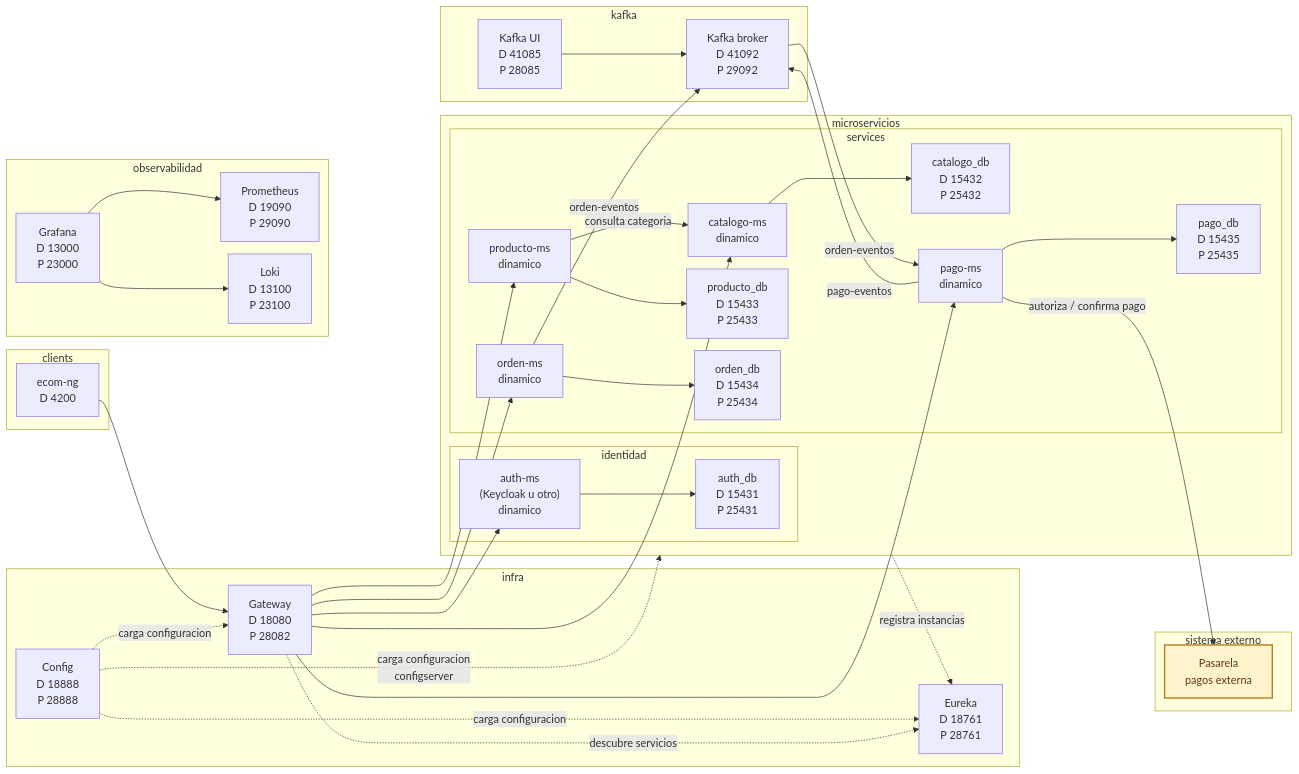
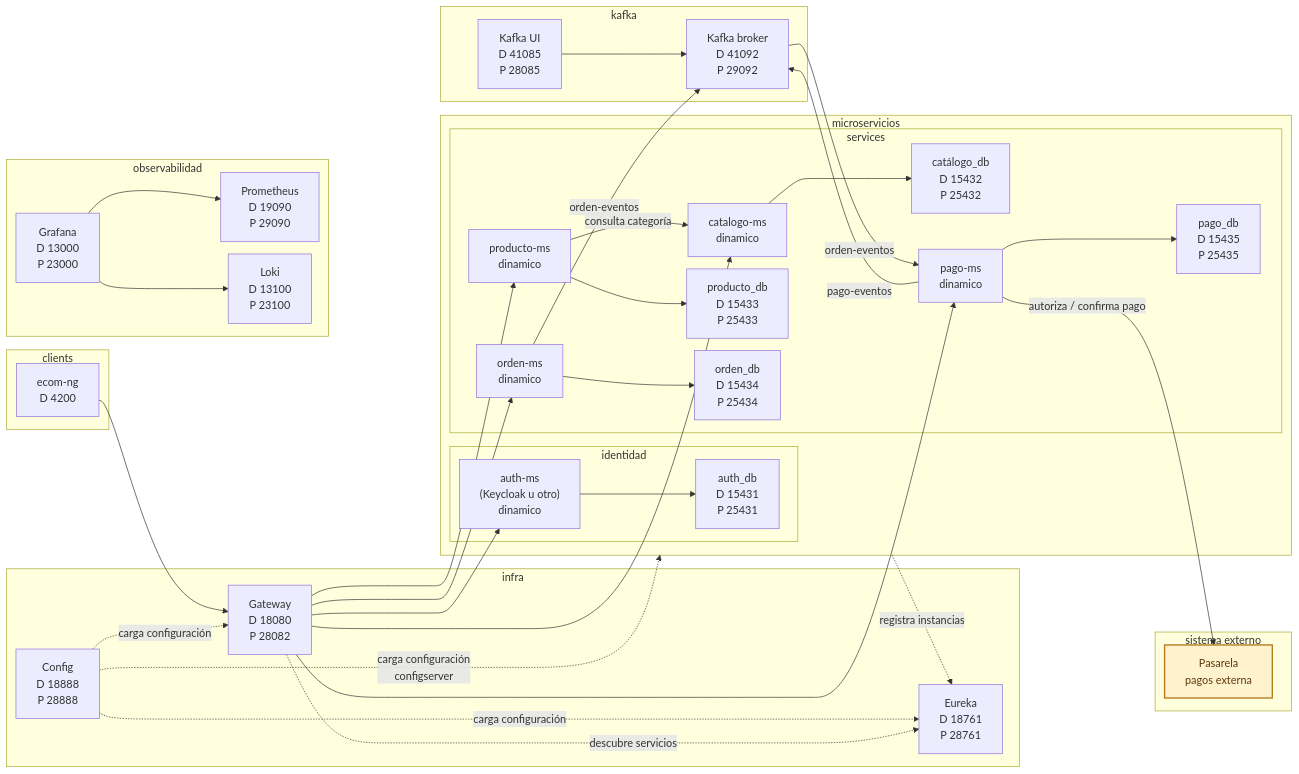
The diagram in docs/index.md (261dist/ecom), drawn with Mermaid before and after one commit. The commit also changed other lines of this file and 21 other files, not shown here.

````diff
--- a/docs/index.md
+++ b/docs/index.md
@@ -68,80 +68,80 @@
 ```mermaid
 %%{init: {"flowchart": {"nodeSpacing": 18, "rankSpacing": 28, "curve": "basis"}} }%%
 flowchart LR
     subgraph Infra["infra"]
         Config["Config<br/>D 18888<br/>P 28888"]
         Eureka["Eureka<br/>D 18761<br/>P 28761"]
         Gateway["Gateway<br/>D 18080<br/>P 28082"]
     end
 
     subgraph Runtime["microservicios"]
         subgraph Identity["identidad"]
             Auth["auth-ms<br/>(Keycloak u otro)<br/>dinamico"]
             AuthDB["auth_db<br/>D 15431<br/>P 25431"]
             Auth --> AuthDB
         end
 
         subgraph Services["services"]
             Catalogo["catalogo-ms<br/>dinamico"]
-            CatalogoDB["catalogo_db<br/>D 15432<br/>P 25432"]
+            CatalogoDB["catálogo_db<br/>D 15432<br/>P 25432"]
             Producto["producto-ms<br/>dinamico"]
             ProductoDB["producto_db<br/>D 15433<br/>P 25433"]
             Orden["orden-ms<br/>dinamico"]
             OrdenDB["orden_db<br/>D 15434<br/>P 25434"]
             Pago["pago-ms<br/>dinamico"]
             PagoDB["pago_db<br/>D 15435<br/>P 25435"]
 
             Catalogo --> CatalogoDB
             Producto --> ProductoDB
             Orden --> OrdenDB
             Pago --> PagoDB
-            Producto -->|"consulta categoria"| Catalogo
+            Producto -->|"consulta categoría"| Catalogo
         end
     end
 
     subgraph Messaging["kafka"]
         Broker["Kafka broker<br/>D 41092<br/>P 29092"]
         KafkaUI["Kafka UI<br/>D 41085<br/>P 28085"]
         KafkaUI --> Broker
     end
 
     subgraph External["sistema externo"]
         PaymentGateway["Pasarela<br/>pagos externa"]
     end
 
     Angular --> Gateway
     Gateway --> Auth
     Gateway --> Catalogo
     Gateway --> Producto
     Gateway --> Orden
     Gateway --> Pago
 
-    Config -. "carga configuracion" .-> Eureka
-    Config -. "carga configuracion" .-> Gateway
-    Config -. "carga configuracion<br/>configserver" .-> Runtime
+    Config -. "carga configuración" .-> Eureka
+    Config -. "carga configuración" .-> Gateway
+    Config -. "carga configuración<br/>configserver" .-> Runtime
     Runtime -. "registra instancias" .-> Eureka
     Gateway -. "descubre servicios" .-> Eureka
 
     Orden -->|"orden-eventos"| Broker
     Broker -->|"orden-eventos"| Pago
     Pago -->|"pago-eventos"| Broker
     Pago -->|"autoriza / confirma pago"| PaymentGateway
 
     classDef external fill:#fff3cd,stroke:#b7791f,stroke-width:2px,color:#5f370e;
     class PaymentGateway external;
 
     subgraph Client["clients"]
         Angular["ecom-ng<br/>D 4200"]
     end
 
     subgraph Obs["observabilidad"]
         Prometheus["Prometheus<br/>D 19090<br/>P 29090"]
         Loki["Loki<br/>D 13100<br/>P 23100"]
         Grafana["Grafana<br/>D 13000<br/>P 23000"]
         Grafana --> Prometheus
         Grafana --> Loki
     end
 
     Angular ~~~ Prometheus
 
 ```
````
